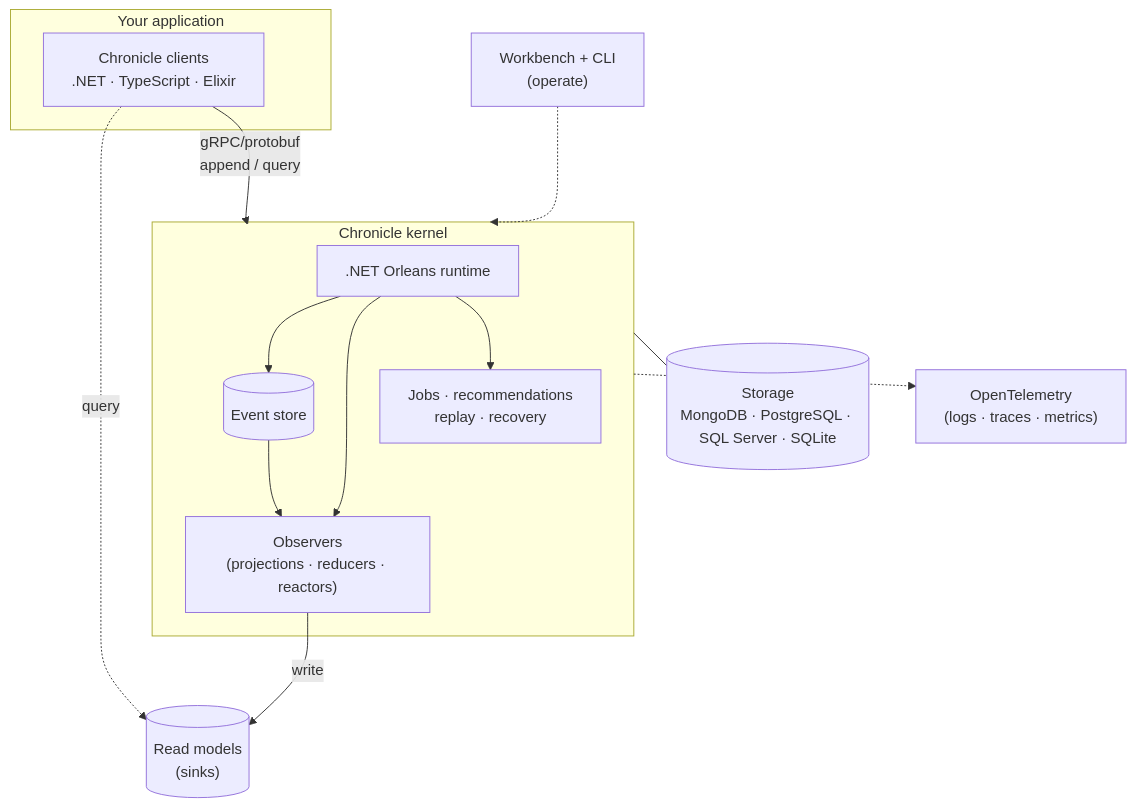
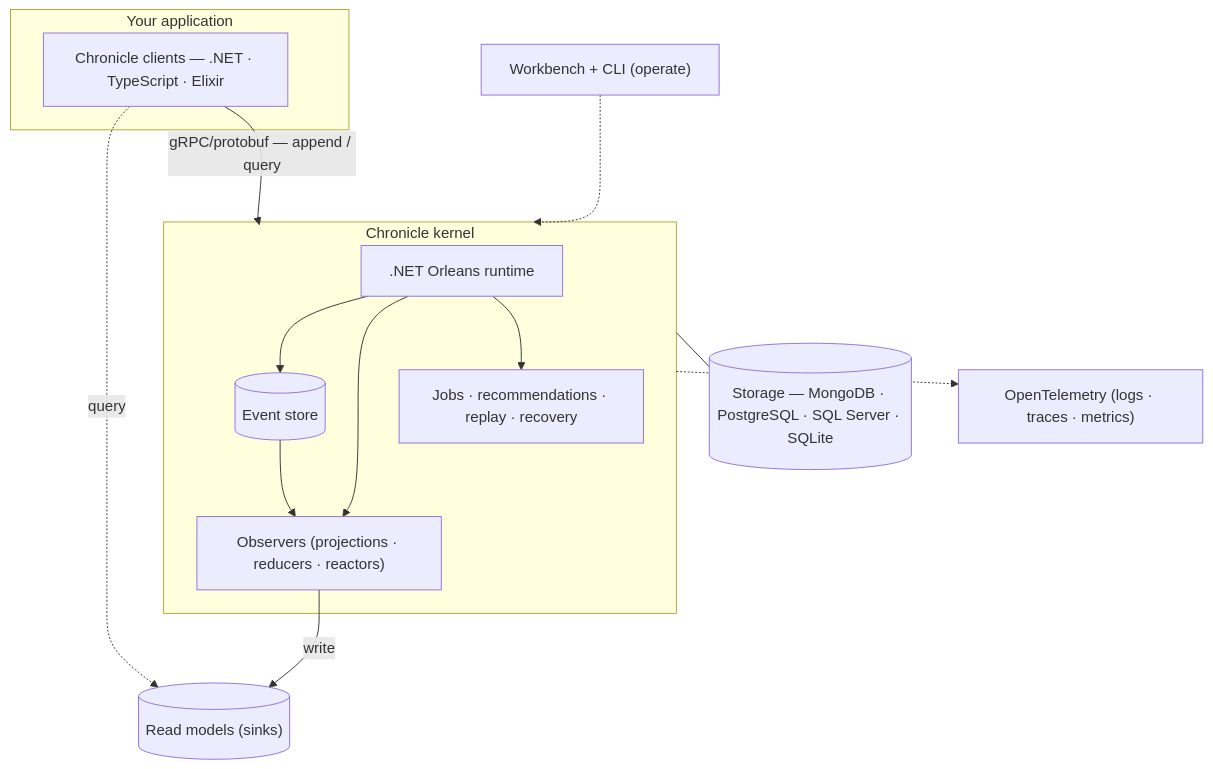
Before and after one commit to Cratis/Chronicle: the first of 2 diagrams in Documentation/architecture.md, drawn with Mermaid. The commit also changed 43 other files, not shown here.

````diff
--- a/Documentation/architecture.md
+++ b/Documentation/architecture.md
@@ -12,27 +12,27 @@
 ```mermaid
 flowchart TB
     subgraph App["Your application"]
-        SDK["Chronicle clients<br/>.NET · TypeScript · Elixir"]
+        SDK["Chronicle clients — .NET · TypeScript · Elixir"]
     end
     subgraph Kernel["Chronicle kernel"]
         ORL[".NET Orleans runtime"]
         ES[("Event store")]
-        OBS["Observers<br/>(projections · reducers · reactors)"]
-        JOBS["Jobs · recommendations<br/>replay · recovery"]
+        OBS["Observers (projections · reducers · reactors)"]
+        JOBS["Jobs · recommendations · replay · recovery"]
     end
-    Store[("Storage<br/>MongoDB · PostgreSQL · SQL Server · SQLite")]
-    RM[("Read models<br/>(sinks)")]
-    DB["Workbench + CLI<br/>(operate)"]
-    OTEL["OpenTelemetry<br/>(logs · traces · metrics)"]
+    Store[("Storage — MongoDB · PostgreSQL · SQL Server · SQLite")]
+    RM[("Read models (sinks)")]
+    DB["Workbench + CLI (operate)"]
+    OTEL["OpenTelemetry (logs · traces · metrics)"]
 
-    SDK -->|gRPC/protobuf<br/>append / query| Kernel
+    SDK -->|gRPC/protobuf — append / query| Kernel
     ORL --> ES
     ORL --> OBS
     ORL --> JOBS
     ES --> OBS
     OBS -->|write| RM
     Kernel --- Store
     SDK -.->|query| RM
     DB -.-> Kernel
     Kernel -.-> OTEL
 ```
````
